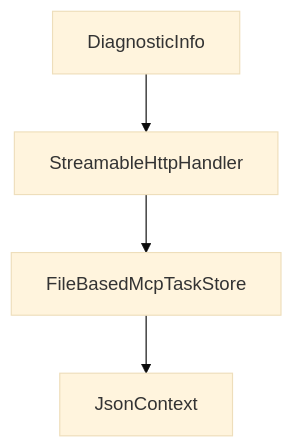
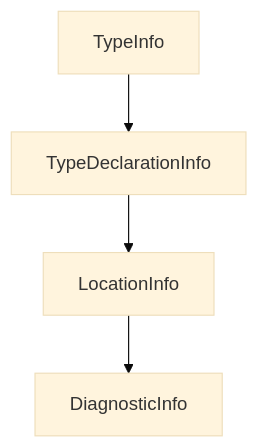
One commit to johnxie/awesome-code-docs changed the diagram in tutorials/mcp-csharp-sdk-tutorial/04-tools-prompts-resources-and-filter-pipelines.md. Above: the diagram before and after it, drawn with Mermaid (base theme). The commit also changed other lines of this file and 1232 other files, not shown here.

````diff
--- a/tutorials/mcp-csharp-sdk-tutorial/04-tools-prompts-resources-and-filter-pipelines.md
+++ b/tutorials/mcp-csharp-sdk-tutorial/04-tools-prompts-resources-and-filter-pipelines.md
@@ -214,10 +205,10 @@
 ```mermaid
 flowchart TD
-    A[DiagnosticInfo]
-    B[StreamableHttpHandler]
-    C[FileBasedMcpTaskStore]
-    D[JsonContext]
+    A[TypeInfo]
+    B[TypeDeclarationInfo]
+    C[LocationInfo]
+    D[DiagnosticInfo]
     A --> B
     B --> C
     C --> D
 ```
````
